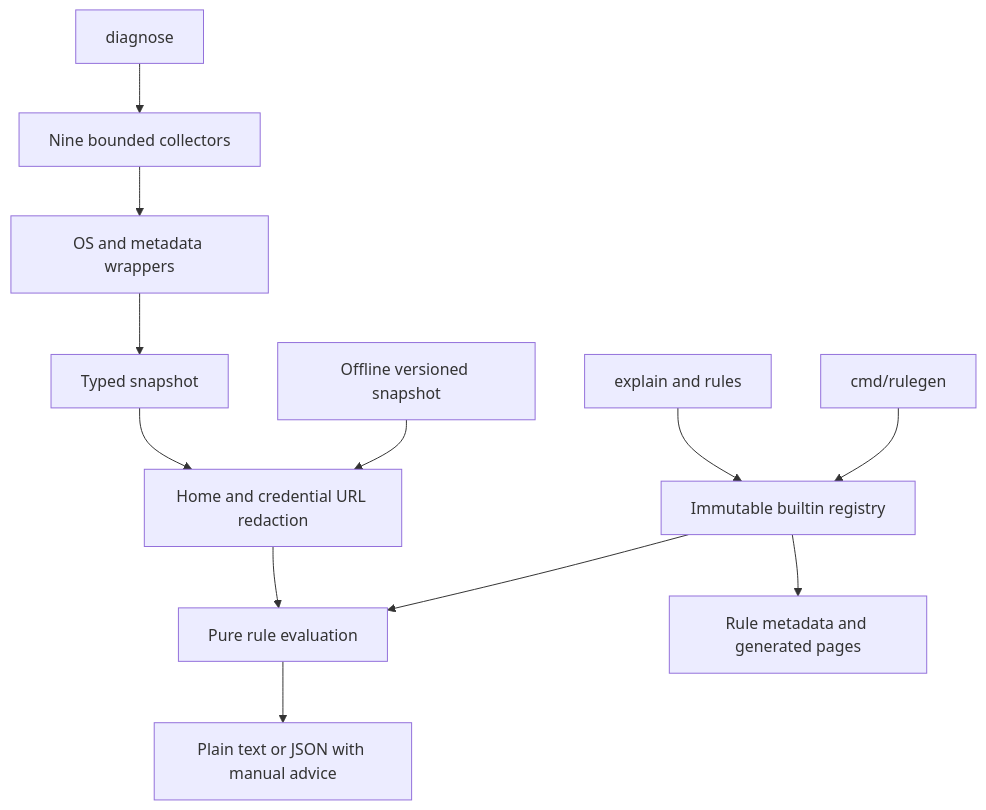
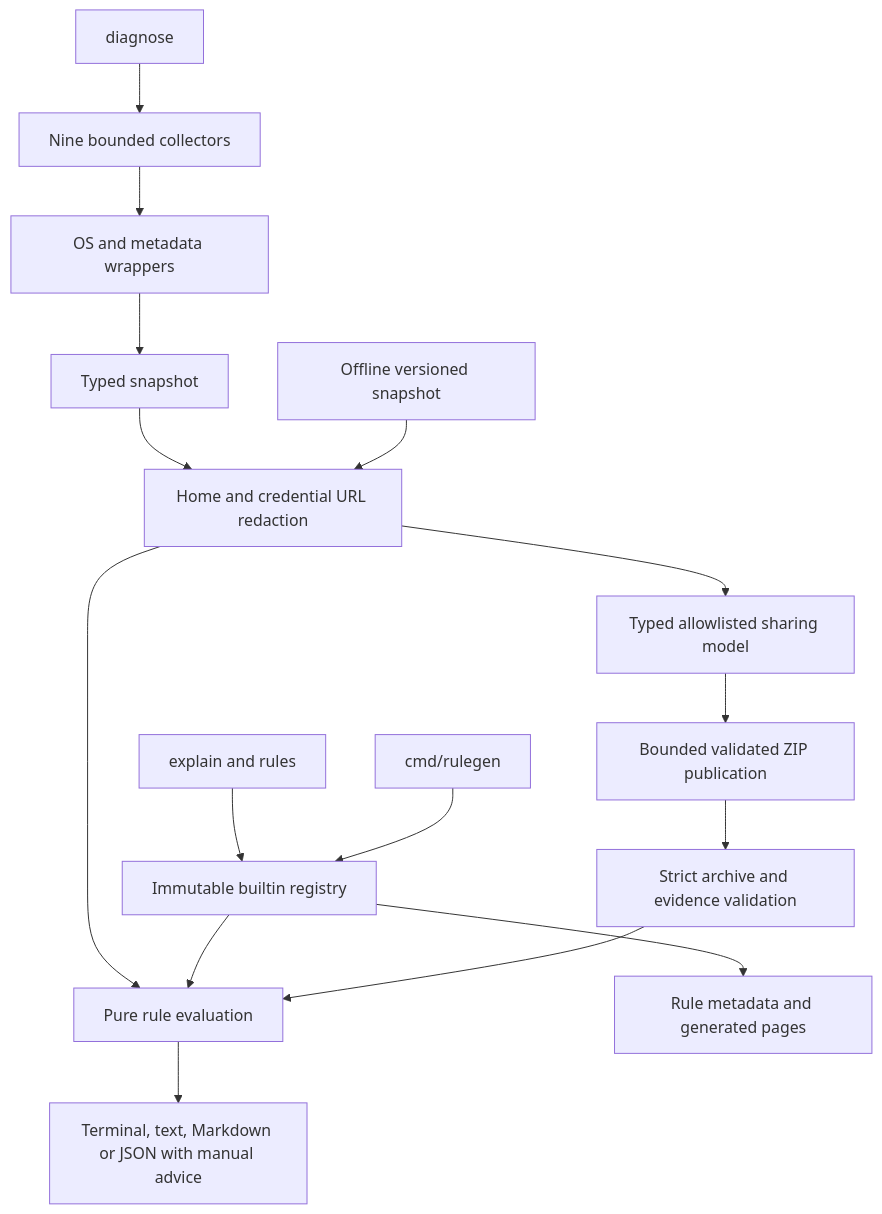
One commit to Shellghostt/EnvDoctor changed the diagram in docs/ARCHITECTURE.md. Above: the diagram before and after it, drawn with Mermaid. The commit also changed other lines of this file and 9 other files, not shown here.

````diff
--- a/docs/ARCHITECTURE.md
+++ b/docs/ARCHITECTURE.md
@@ -20,14 +20,18 @@
 ```mermaid
 flowchart TD
     CLI[diagnose] --> COL[Nine bounded collectors]
     COL --> SYS[OS and metadata wrappers]
     SYS --> SNAP[Typed snapshot]
     SNAP --> REDACT[Home and credential URL redaction]
     REDACT --> ENGINE[Pure rule evaluation]
     REG[Immutable builtin registry] --> ENGINE
-    ENGINE --> REPORT[Plain text or JSON with manual advice]
+    ENGINE --> REPORT[Terminal, text, Markdown or JSON with manual advice]
+    REDACT --> EXPORT[Typed allowlisted sharing model]
+    EXPORT --> ZIP[Bounded validated ZIP publication]
+    ZIP --> READ[Strict archive and evidence validation]
+    READ --> ENGINE
     FIXTURE[Offline versioned snapshot] --> REDACT
     META[explain and rules] --> REG
     GEN[cmd/rulegen] --> REG
     REG --> DOCS[Rule metadata and generated pages]
 ```
````
